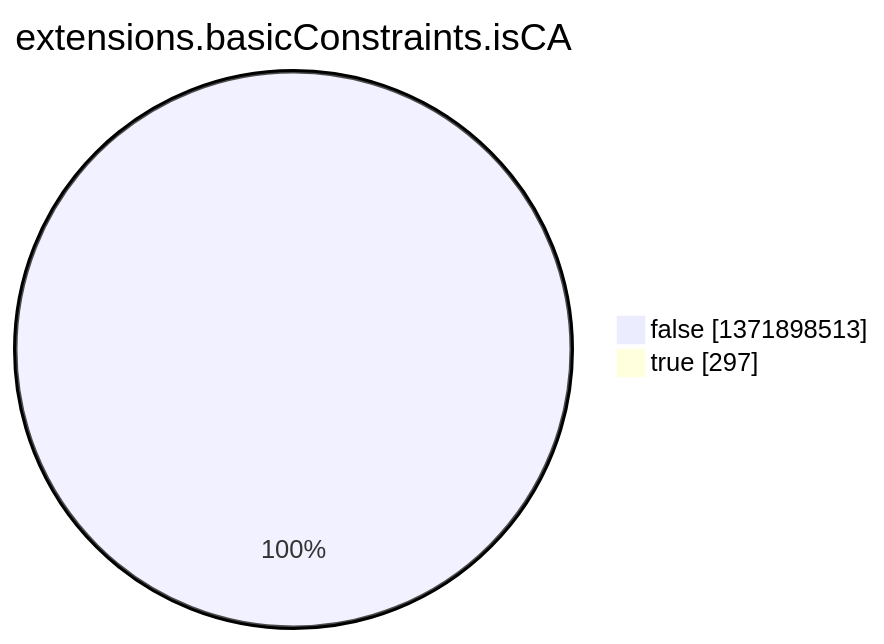
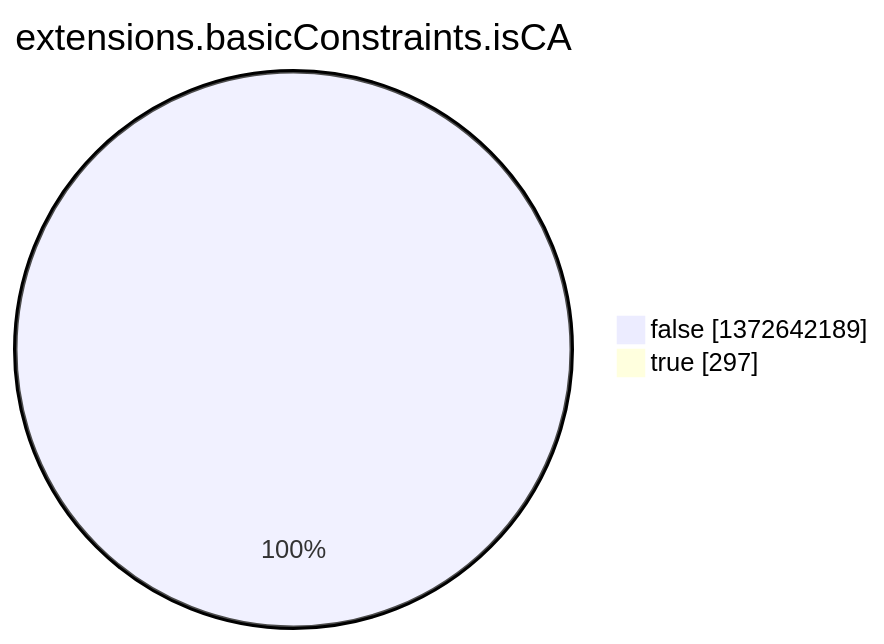
Before and after one commit to christiankrug/ctmonitor_visualization: the eighth of 15 diagrams in argon2022/README.md, drawn with Mermaid. The commit also changed other lines of this file, not shown here.

````diff
--- a/argon2022/README.md
+++ b/argon2022/README.md
@@ -2759,6 +2759,6 @@
 ```mermaid
 pie showData
 title extensions.basicConstraints.isCA
-"false" :1371898513
+"false" :1372642189
 "true" :297
 ```
````
